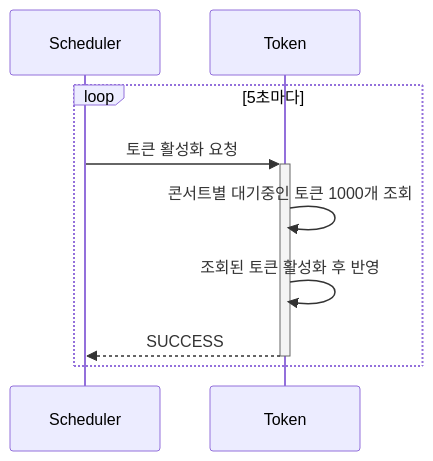
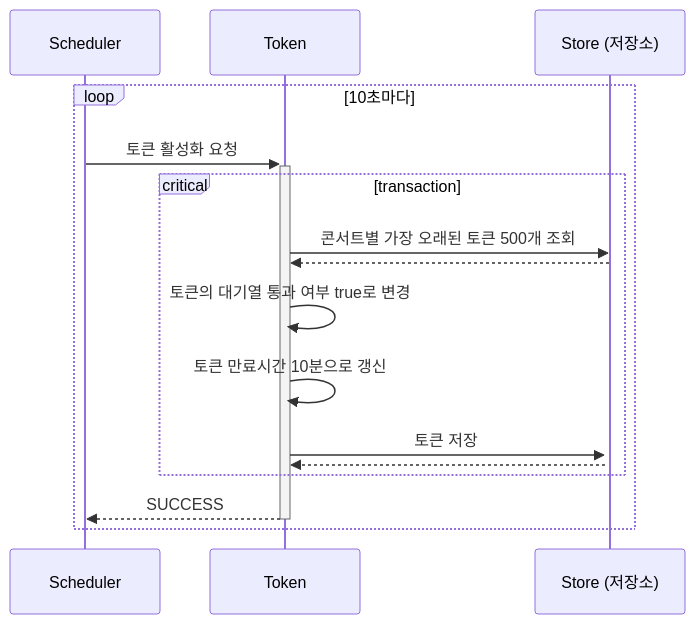
One commit to giwonn/hhplus-concert changed the third of 11 diagrams in docs/sequence_diagram.md. Above: the diagram before and after it, drawn with Mermaid. The commit also changed other lines of this file and 3 other files, not shown here.

Commit message:
feat: 스키마 및 시퀀스 다이어그램 변경

````diff
--- a/docs/sequence_diagram.md
+++ b/docs/sequence_diagram.md
@@ -46,12 +54,19 @@
 ```mermaid
 sequenceDiagram
     participant Scheduler as Scheduler
     participant Token as Token
+    participant Store as Store (저장소)
 
-    loop 5초마다
+    loop 10초마다
         Scheduler ->>+ Token: 토큰 활성화 요청
-        Token ->> Token: 콘서트별 대기중인 토큰 1000개 조회
-        Token ->> Token: 조회된 토큰 활성화 후 반영
+        critical transaction
+        Token ->> Store: 콘서트별 가장 오래된 토큰 500개 조회
+        Store -->> Token: 
+        Token ->> Token: 토큰의 대기열 통과 여부 true로 변경
+            Token ->> Token: 토큰 만료시간 10분으로 갱신
+            Token ->>+ Store: 토큰 저장
+            Store -->> Token: 
+        end
         Token -->>- Scheduler: SUCCESS
     end
 ```
````
